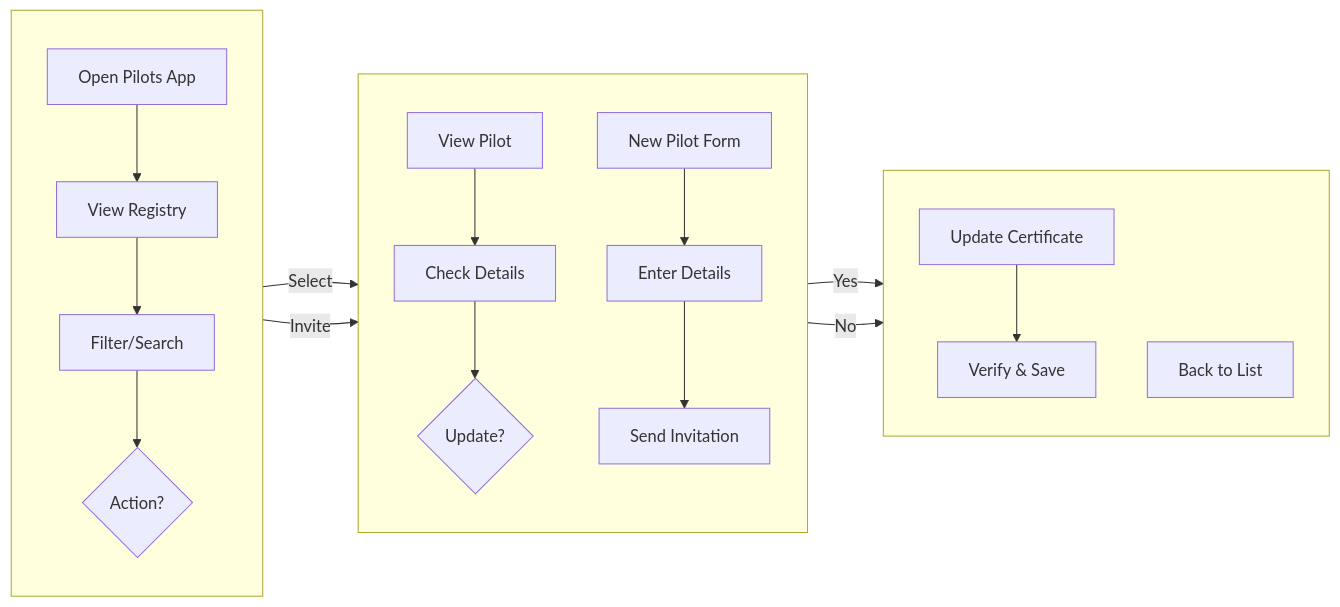
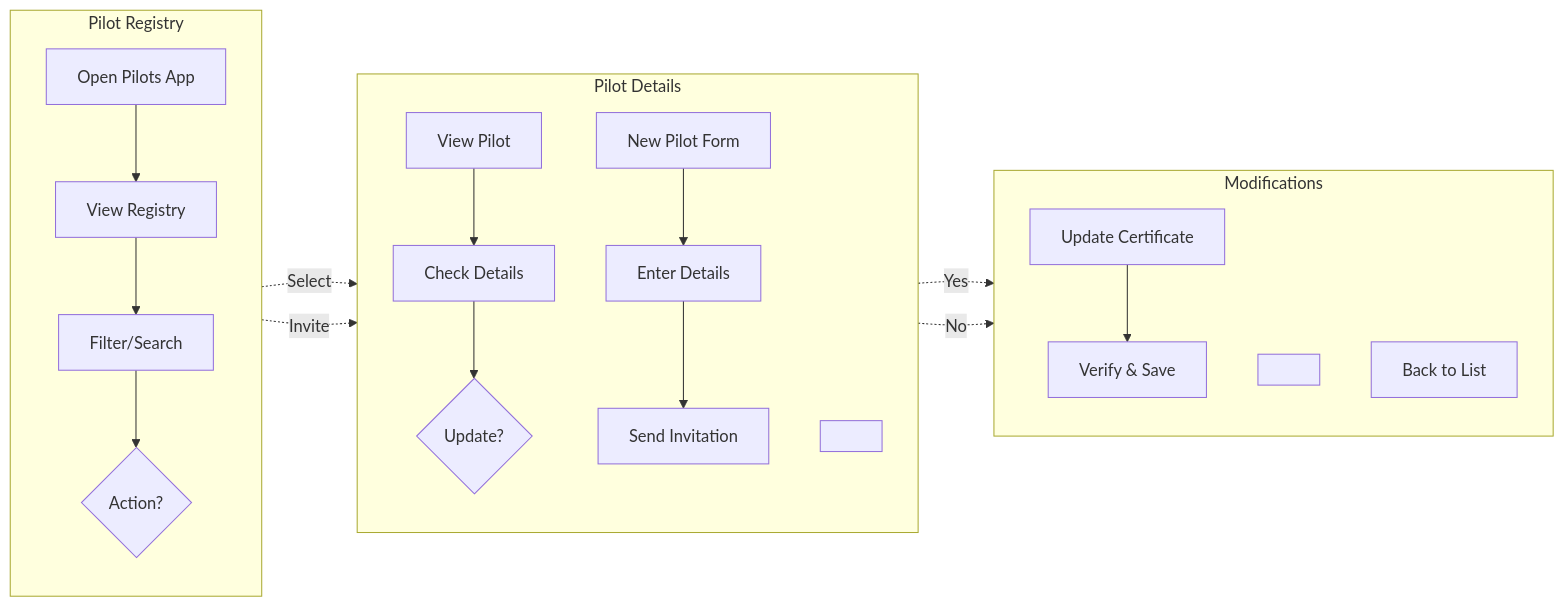
The eighth of 10 diagrams in docs/SEN3781_Assignment4_Information_Architecture_Report.md (RoundRobinHood/cogniflight-cloud), drawn with Mermaid before and after one commit. The commit also changed other lines of this file, not shown here.

Commit message:
improved diagram readability

````diff
--- a/docs/SEN3781_Assignment4_Information_Architecture_Report.md
+++ b/docs/SEN3781_Assignment4_Information_Architecture_Report.md
@@ -423,25 +434,27 @@
 ```mermaid
 flowchart LR
-    subgraph col1[" "]
+    subgraph s1["Pilot Registry"]
         direction TB
         A[Open Pilots App] --> B[View Registry]
         B --> C[Filter/Search]
         C --> D{Action?}
     end
-    subgraph col2[" "]
+    subgraph s2["Pilot Details"]
         direction TB
         E[View Pilot] --> G[Check Details]
         G --> H{Update?}
+        space1[" "]
         F[New Pilot Form] --> L[Enter Details]
         L --> M[Send Invitation]
     end
-    subgraph col3[" "]
+    subgraph s3["Modifications"]
         direction TB
         I[Update Certificate] --> K[Verify & Save]
+        space2[" "]
         J[Back to List]
     end
-    D -->|Select| E
-    D -->|Invite| F
-    H -->|Yes| I
-    H -->|No| J
+    D -.->|Select| E
+    D -.->|Invite| F
+    H -.->|Yes| I
+    H -.->|No| J
 ```
````
